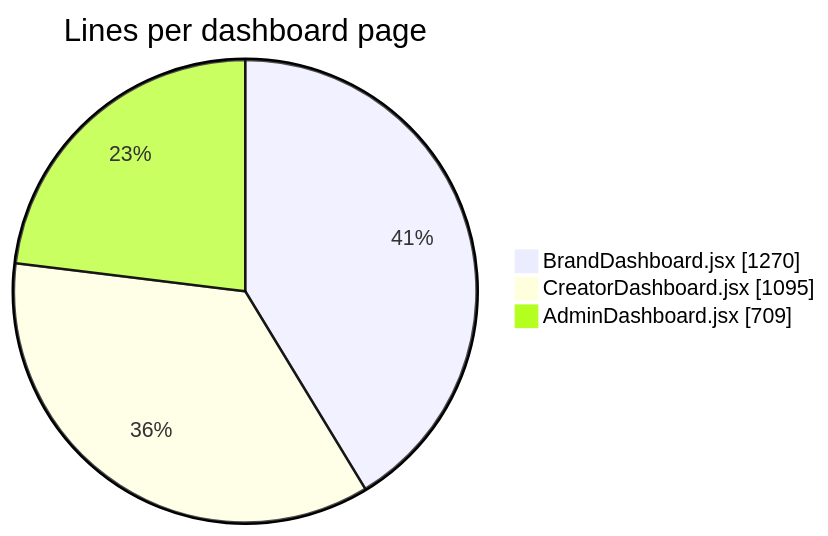
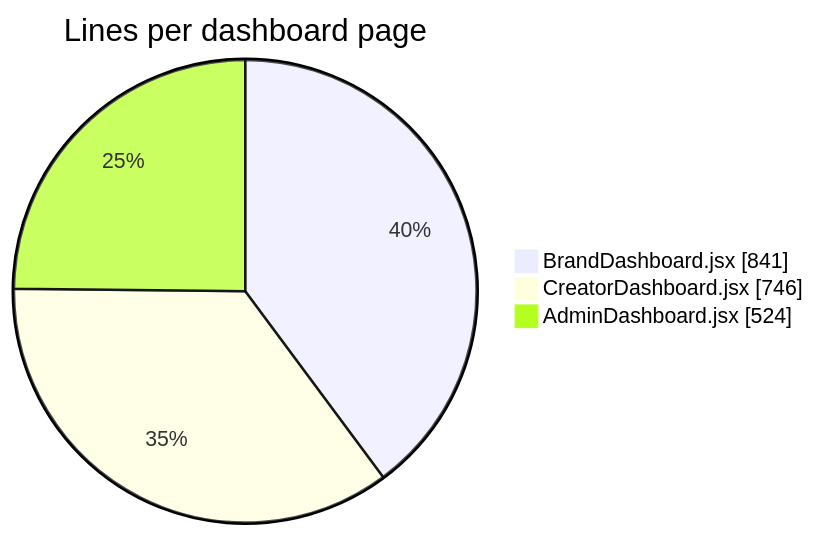
Diagram 11 of 11 in README.md (RohitChintalapudi/BrandForge_Frontend), drawn with Mermaid before and after one commit. The commit also changed other lines of this file, not shown here.

````diff
--- a/README.md
+++ b/README.md
@@ -635,7 +632,7 @@
 ```mermaid
 pie showData
     title Lines per dashboard page
-    "BrandDashboard.jsx" : 1270
-    "CreatorDashboard.jsx" : 1095
-    "AdminDashboard.jsx" : 709
+    "BrandDashboard.jsx" : 841
+    "CreatorDashboard.jsx" : 746
+    "AdminDashboard.jsx" : 524
 ```
````
